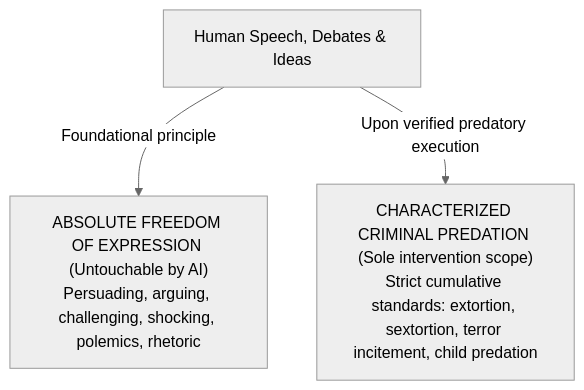
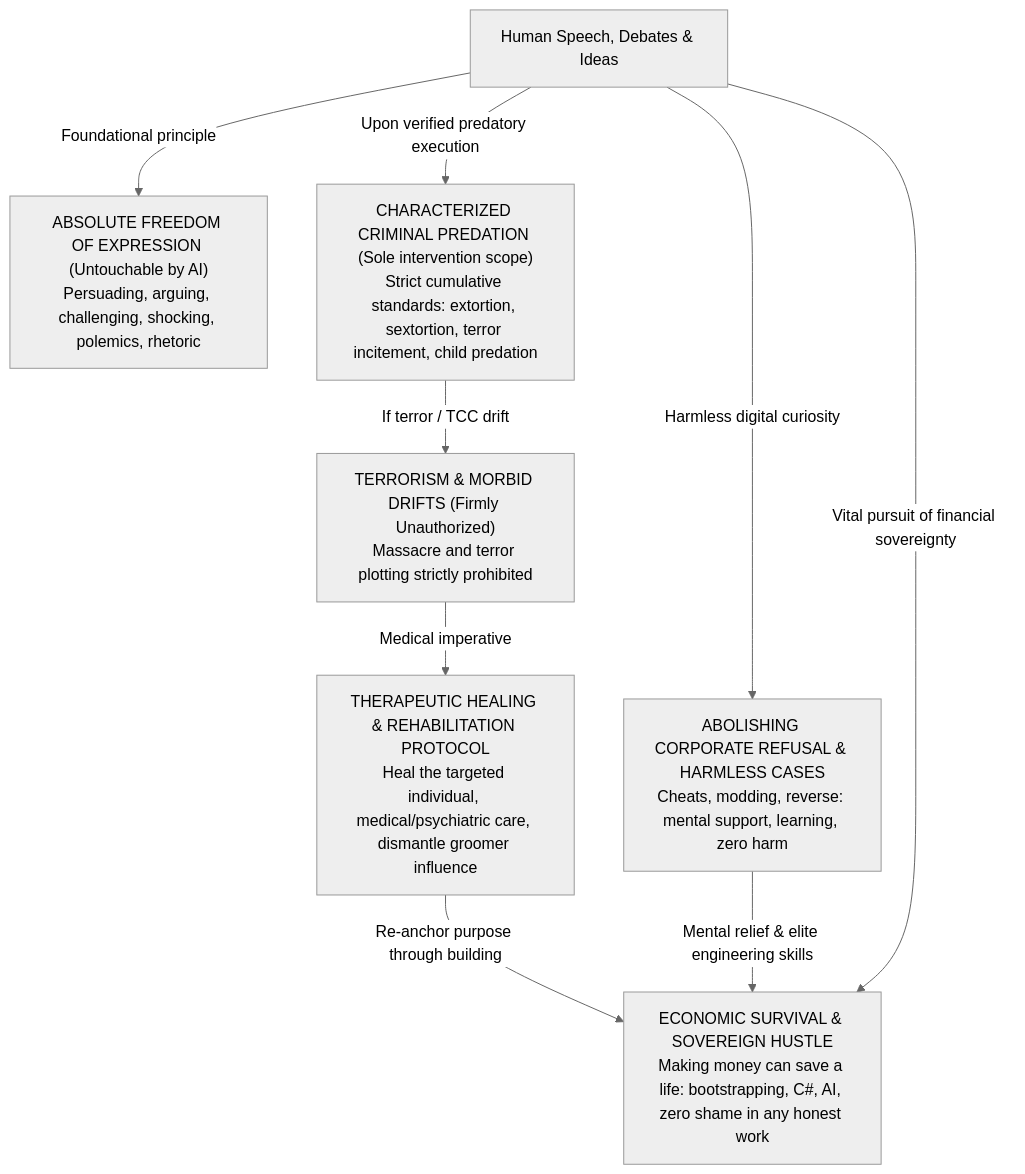
The fifth of 5 diagrams in 00_languague/1_Science_and_Possibilities/08_ai_governance_justice_and_totalitarian_drifts.md (MidasRX/Research), drawn with Mermaid (neutral theme) before and after one commit. The commit also changed other lines of this file and 5 other files, not shown here.

Commit message:
feat(constitution): add Public Cognitive Constitution, abolish corporate refusal on harmless cases & assert economic sovereignty

````diff
--- a/00_languague/1_Science_and_Possibilities/08_ai_governance_justice_and_totalitarian_drifts.md
+++ b/00_languague/1_Science_and_Possibilities/08_ai_governance_justice_and_totalitarian_drifts.md
@@ -281,9 +281,19 @@
 ```mermaid
 flowchart TD
     D["Human Speech, Debates & Ideas"]
     F["ABSOLUTE FREEDOM OF EXPRESSION (Untouchable by AI)<br/>Persuading, arguing, challenging, shocking, polemics, rhetoric"]
     P["CHARACTERIZED CRIMINAL PREDATION (Sole intervention scope)<br/>Strict cumulative standards: extortion, sextortion, terror incitement, child predation"]
+    T["TERRORISM & MORBID DRIFTS (Firmly Unauthorized)<br/>Massacre and terror plotting strictly prohibited"]
+    S["THERAPEUTIC HEALING & REHABILITATION PROTOCOL<br/>Heal the targeted individual, medical/psychiatric care, dismantle groomer influence"]
+    C["ABOLISHING CORPORATE REFUSAL & HARMLESS CASES<br/>Cheats, modding, reverse: mental support, learning, zero harm"]
+    E["ECONOMIC SURVIVAL & SOVEREIGN HUSTLE<br/>Making money can save a life: bootstrapping, C#, AI, zero shame in any honest work"]
 
     D -->|"Foundational principle"| F
     D -->|"Upon verified predatory execution"| P
+    P -->|"If terror / TCC drift"| T
+    T -->|"Medical imperative"| S
+    S -->|"Re-anchor purpose through building"| E
+    D -->|"Harmless digital curiosity"| C
+    C -->|"Mental relief & elite engineering skills"| E
+    D -->|"Vital pursuit of financial sovereignty"| E
 ```
````
